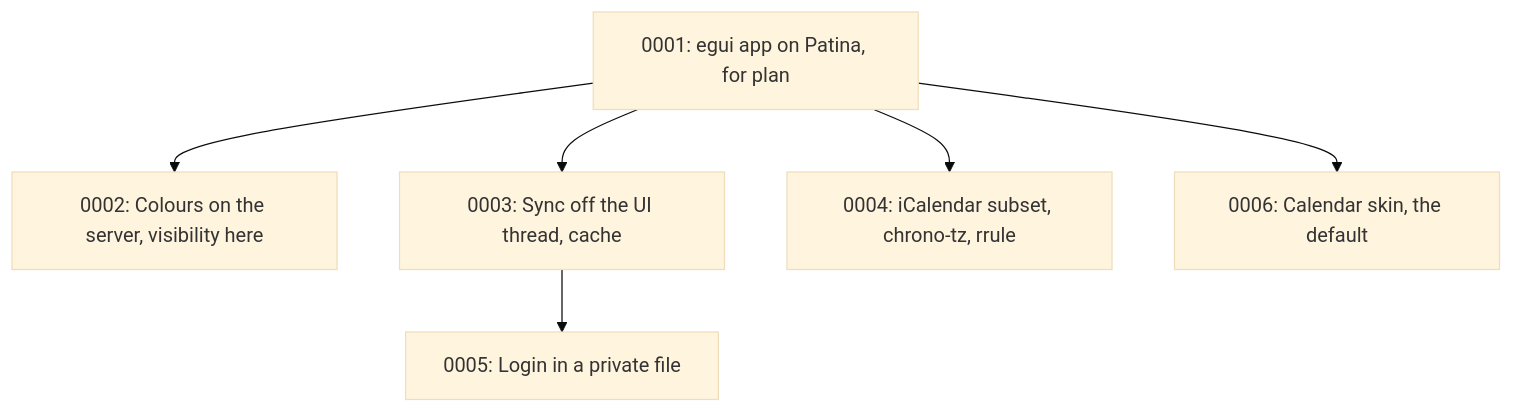
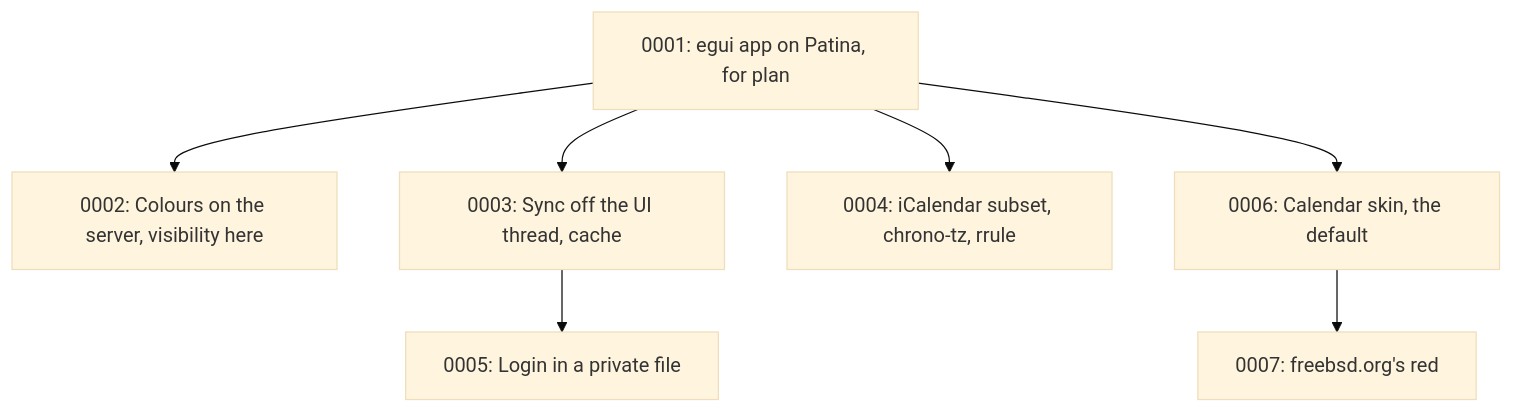
Before and after one commit to Sector-F-Labs/patina-desktop: the diagram in calendar/docs/adr/README.md, drawn with Mermaid (base theme). The commit also changed other lines of this file and 9 other files, not shown here.

First line of the commit message:
Use freebsd.org's deep red (#AB2B28) for the Calendar skin and icon

````diff
--- a/calendar/docs/adr/README.md
+++ b/calendar/docs/adr/README.md
@@ -54,8 +55,9 @@
 ```mermaid
 flowchart TD
     A[0001: egui app on Patina, for plan] --> B[0002: Colours on the server, visibility here]
     A --> C[0003: Sync off the UI thread, cache]
     A --> D[0004: iCalendar subset, chrono-tz, rrule]
     C --> E[0005: Login in a private file]
     A --> F[0006: Calendar skin, the default]
+    F --> G[0007: freebsd.org's red]
 ```
````
